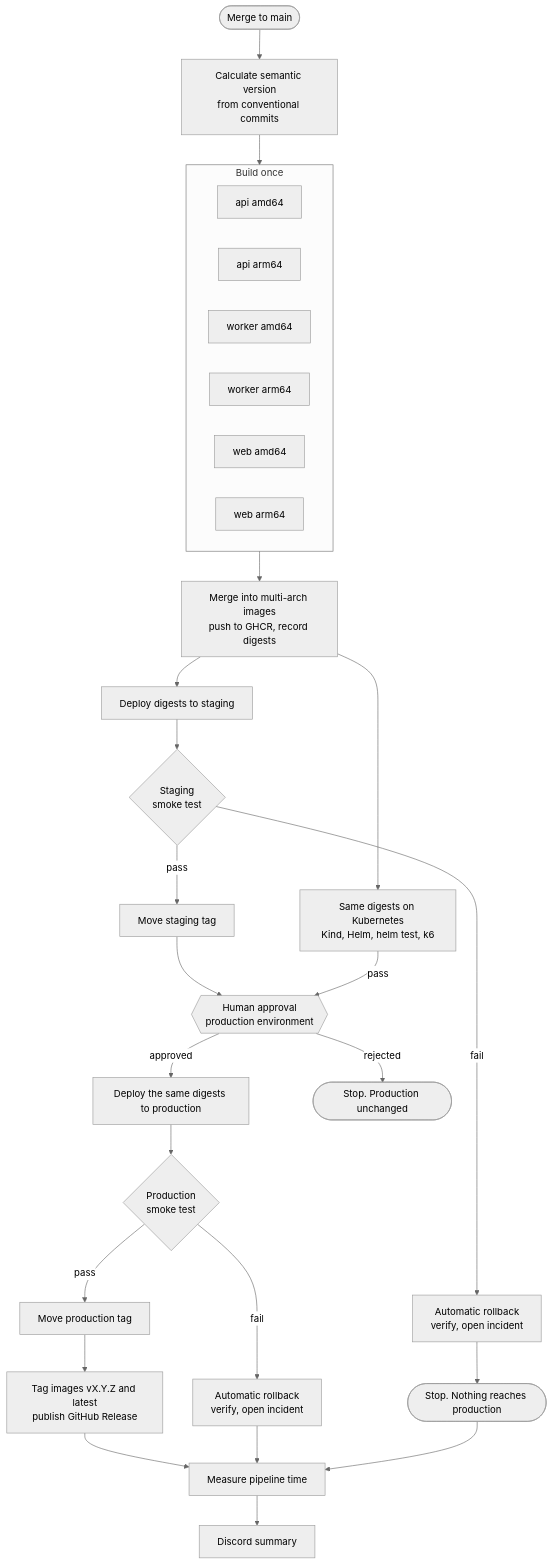
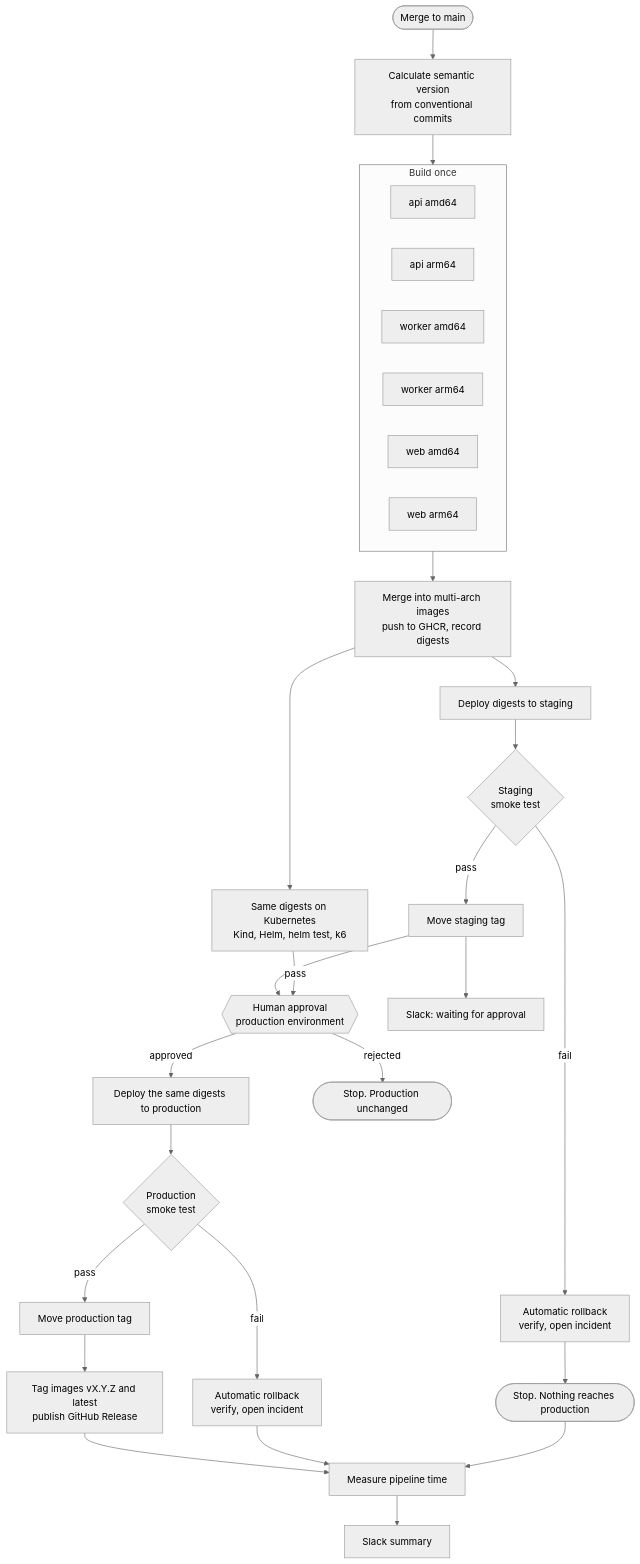
One commit to devwithvino/cicd_demo changed the third of 4 diagrams in README.md. Above: the diagram before and after it, drawn with Mermaid (neutral theme). The commit also changed other lines of this file and 9 other files, not shown here.

````diff
--- a/README.md
+++ b/README.md
@@ -179,30 +181,31 @@
 ```mermaid
 flowchart TD
     push([Merge to main]) --> version[Calculate semantic version<br/>from conventional commits]
     version --> build
 
     subgraph build[Build once]
         direction LR
         b1[api amd64] & b2[api arm64] & b3[worker amd64] & b4[worker arm64] & b5[web amd64] & b6[web arm64]
     end
 
     build --> publish[Merge into multi-arch images<br/>push to GHCR, record digests]
     publish --> stg[Deploy digests to staging]
     stg --> stgsmoke{Staging<br/>smoke test}
     publish --> kind[Same digests on Kubernetes<br/>Kind, Helm, helm test, k6]
     stgsmoke -- pass --> stgtag[Move staging tag]
     stgsmoke -- fail --> rb1[Automatic rollback<br/>verify, open incident]
     rb1 --> stop1([Stop. Nothing reaches production])
     stgtag --> approval{{Human approval<br/>production environment}}
+    stgtag --> notice["Slack: waiting for approval"]
     kind -- pass --> approval
     approval -- approved --> prd[Deploy the same digests to production]
     approval -- rejected --> stop2([Stop. Production unchanged])
     prd --> prdsmoke{Production<br/>smoke test}
     prdsmoke -- pass --> prdtag[Move production tag]
     prdtag --> release[Tag images vX.Y.Z and latest<br/>publish GitHub Release]
     release --> report[Measure pipeline time]
     prdsmoke -- fail --> rb2[Automatic rollback<br/>verify, open incident]
     rb2 --> report
     stop1 --> report
-    report --> notify[Discord summary]
+    report --> notify[Slack summary]
 ```
````
